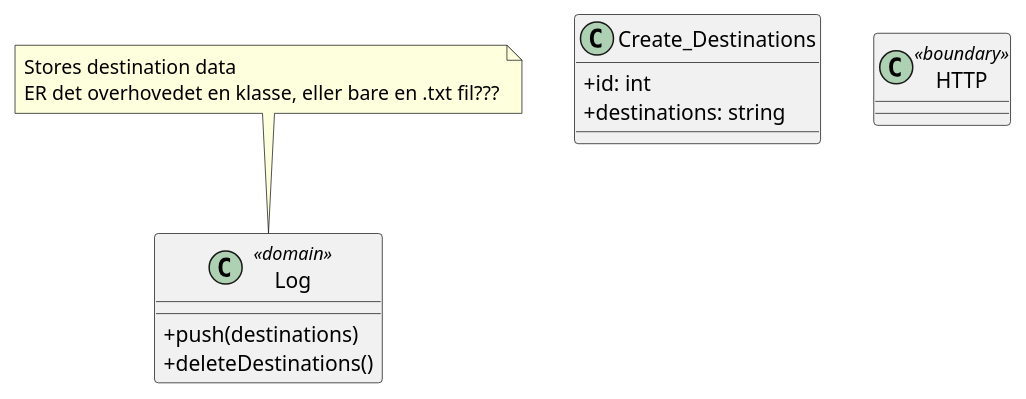
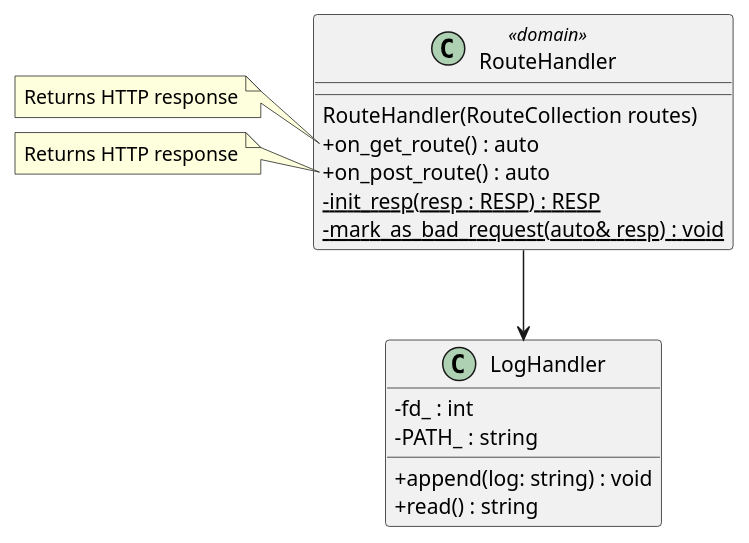
The diagram in docs/diagrams/Plantuml/apModel/server_classes.puml (lineklemensen/PRJ3), drawn with PlantUML before and after one commit.

Commit message:
Preliminary CD update UC2-srv

```diff
--- a/docs/diagrams/Plantuml/apModel/server_classes.puml
+++ b/docs/diagrams/Plantuml/apModel/server_classes.puml
@@ -1,28 +1,36 @@
 @startuml ServerClasses
 
 skinparam {
     packageStyle rectangle
     Linetype ortho
     ClassAttributeIconSize 0
 }
 
-class "Log" as l <<domain>>
+class "RouteHandler" as h <<domain>>
 {
-    +push(destinations)
-    +deleteDestinations()
+    RouteHandler(RouteCollection routes)
+    + on_get_route() : auto
+    + on_post_route() : auto
+    -{static}init_resp(resp : RESP) : RESP
+    -{static}mark_as_bad_request(auto& resp) : void
 }
 
-note top of l
-    Stores destination data
-    ER det overhovedet en klasse, eller bare en .txt fil???
+class "LogHandler" as l
+{
+    + append(log: string) : void
+    + read() : string
+    - fd_ : int
+    - PATH_ : string
+}
+
+
+note left of h::on_get_route
+Returns HTTP response
+end note
+note left of h::on_post_route
+Returns HTTP response
 end note
 
-class "Create_Destinations" as scd
-{
-    +id: int
-    +destinations: string
-}
-
-class "HTTP" as s_http <<boundary>>
+h --> l
 
 @enduml
```
